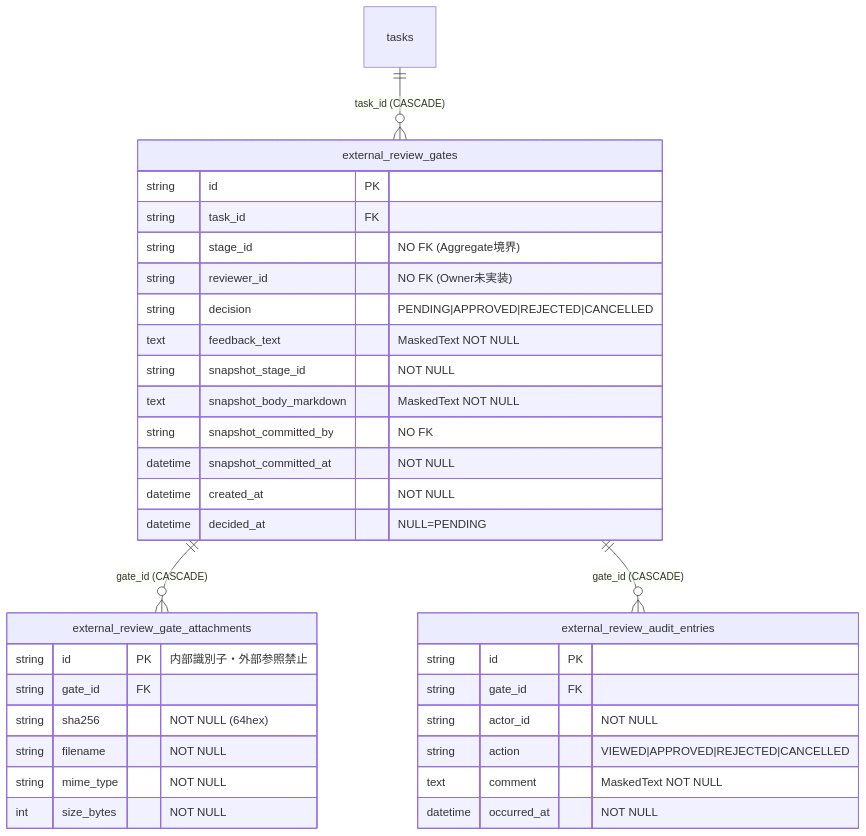
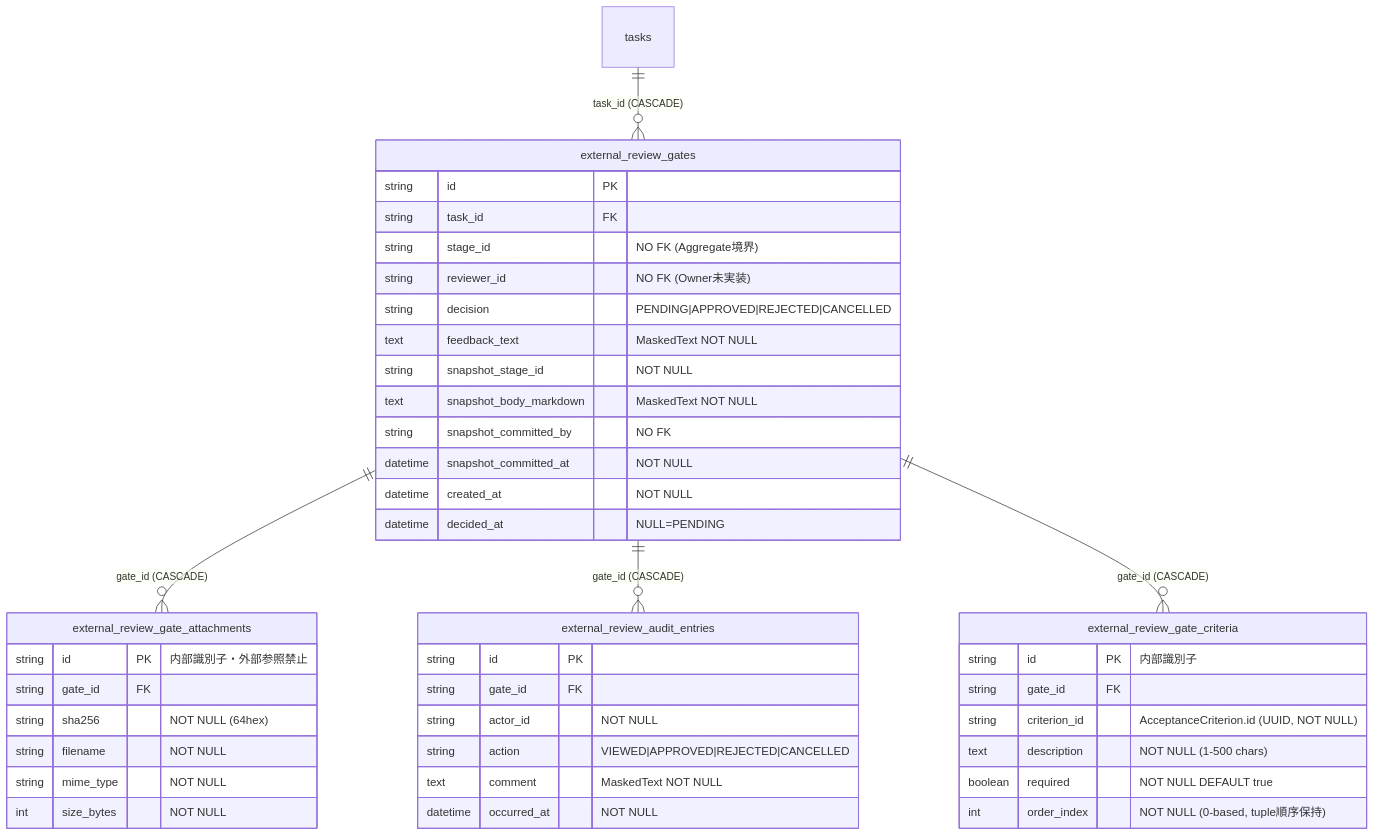
Before and after one commit to bakufu-dev/bakufu: the third of 3 diagrams in docs/features/external-review-gate/repository/basic-design.md, drawn with Mermaid. The commit also changed other lines of this file and 9 other files, not shown here.

First line of the commit message:
docs(#121): ExternalReviewGate に required_deliverable_criteria snapshot を追加

````diff
--- a/docs/features/external-review-gate/repository/basic-design.md
+++ b/docs/features/external-review-gate/repository/basic-design.md
@@ -264,40 +273,50 @@
 ```mermaid
 erDiagram
     tasks ||--o{ external_review_gates : "task_id (CASCADE)"
 
     external_review_gates {
         string id PK
         string task_id FK
         string stage_id "NO FK (Aggregate境界)"
         string reviewer_id "NO FK (Owner未実装)"
         string decision "PENDING|APPROVED|REJECTED|CANCELLED"
         text feedback_text "MaskedText NOT NULL"
         string snapshot_stage_id "NOT NULL"
         text snapshot_body_markdown "MaskedText NOT NULL"
         string snapshot_committed_by "NO FK"
         datetime snapshot_committed_at "NOT NULL"
         datetime created_at "NOT NULL"
         datetime decided_at "NULL=PENDING"
     }
 
     external_review_gate_attachments {
         string id PK "内部識別子・外部参照禁止"
         string gate_id FK
         string sha256 "NOT NULL (64hex)"
         string filename "NOT NULL"
         string mime_type "NOT NULL"
         int size_bytes "NOT NULL"
     }
 
     external_review_audit_entries {
         string id PK
         string gate_id FK
         string actor_id "NOT NULL"
         string action "VIEWED|APPROVED|REJECTED|CANCELLED"
         text comment "MaskedText NOT NULL"
         datetime occurred_at "NOT NULL"
     }
 
+    external_review_gate_criteria {
+        string id PK "内部識別子"
+        string gate_id FK
+        string criterion_id "AcceptanceCriterion.id (UUID, NOT NULL)"
+        text description "NOT NULL (1-500 chars)"
+        boolean required "NOT NULL DEFAULT true"
+        int order_index "NOT NULL (0-based, tuple順序保持)"
+    }
+
     external_review_gates ||--o{ external_review_gate_attachments : "gate_id (CASCADE)"
     external_review_gates ||--o{ external_review_audit_entries : "gate_id (CASCADE)"
+    external_review_gates ||--o{ external_review_gate_criteria : "gate_id (CASCADE)"
 ```
````
